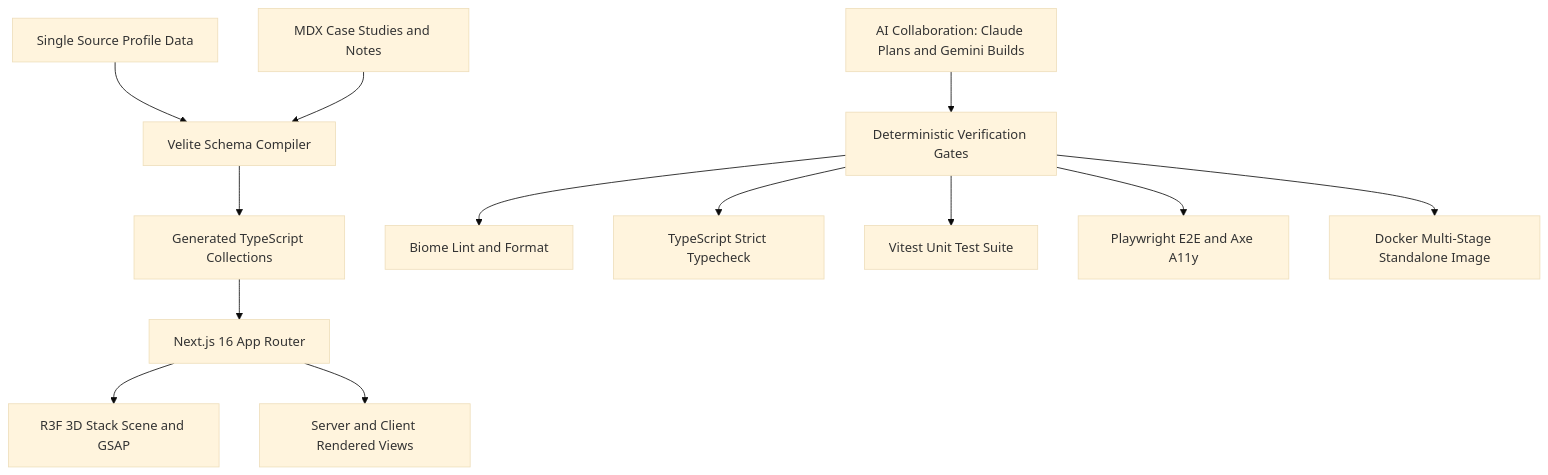
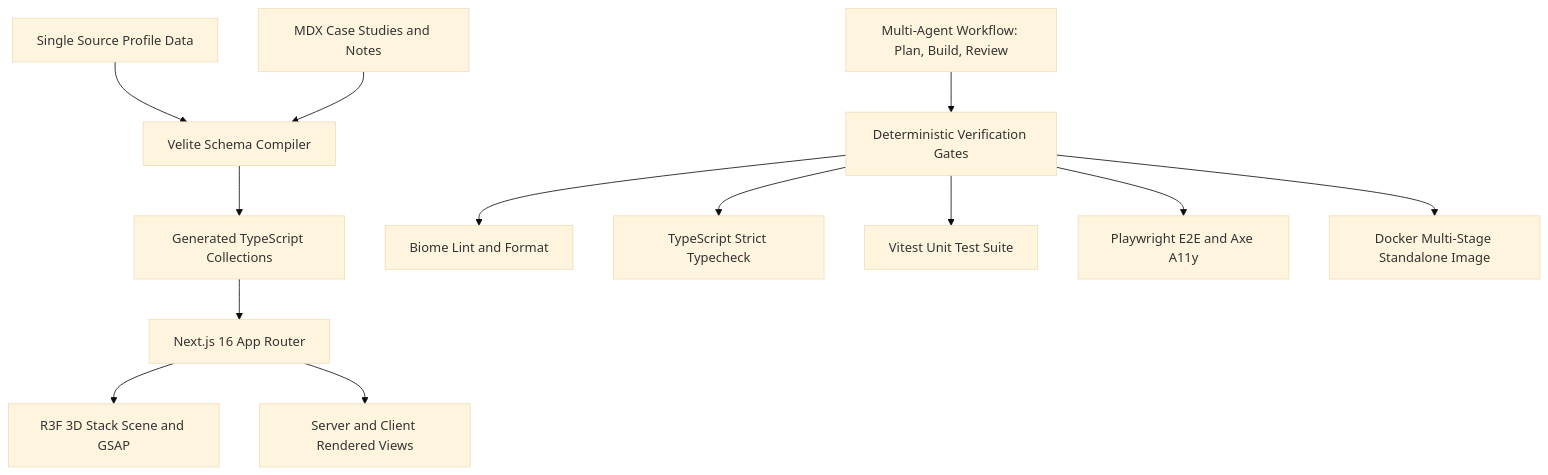
Before and after one commit to heinthantX/portfolio: the diagram in content/work/this-portfolio.mdx, drawn with Mermaid (base theme). The commit also changed other lines of this file and 2 other files, not shown here.

Commit message:
content: describe AI workflow as multi-agent, drop model names

````diff
--- a/content/work/this-portfolio.mdx
+++ b/content/work/this-portfolio.mdx
@@ -44,15 +44,15 @@
 ```mermaid
 flowchart TD
     ProfileData[Single Source Profile Data] --> VeliteEngine[Velite Schema Compiler]
     MDXContent[MDX Case Studies and Notes] --> VeliteEngine
     VeliteEngine --> TypeSafeData[Generated TypeScript Collections]
     TypeSafeData --> NextApp[Next.js 16 App Router]
     NextApp --> HeroScene[R3F 3D Stack Scene and GSAP]
     NextApp --> ContentPages[Server and Client Rendered Views]
-    Workflow[AI Collaboration: Claude Plans and Gemini Builds] --> QualityGates[Deterministic Verification Gates]
+    Workflow[Multi-Agent Workflow: Plan, Build, Review] --> QualityGates[Deterministic Verification Gates]
     QualityGates --> BiomeCheck[Biome Lint and Format]
     QualityGates --> TypeScriptCheck[TypeScript Strict Typecheck]
     QualityGates --> VitestCheck[Vitest Unit Test Suite]
     QualityGates --> PlaywrightCheck[Playwright E2E and Axe A11y]
     QualityGates --> DockerBuild[Docker Multi-Stage Standalone Image]
 ```
````
